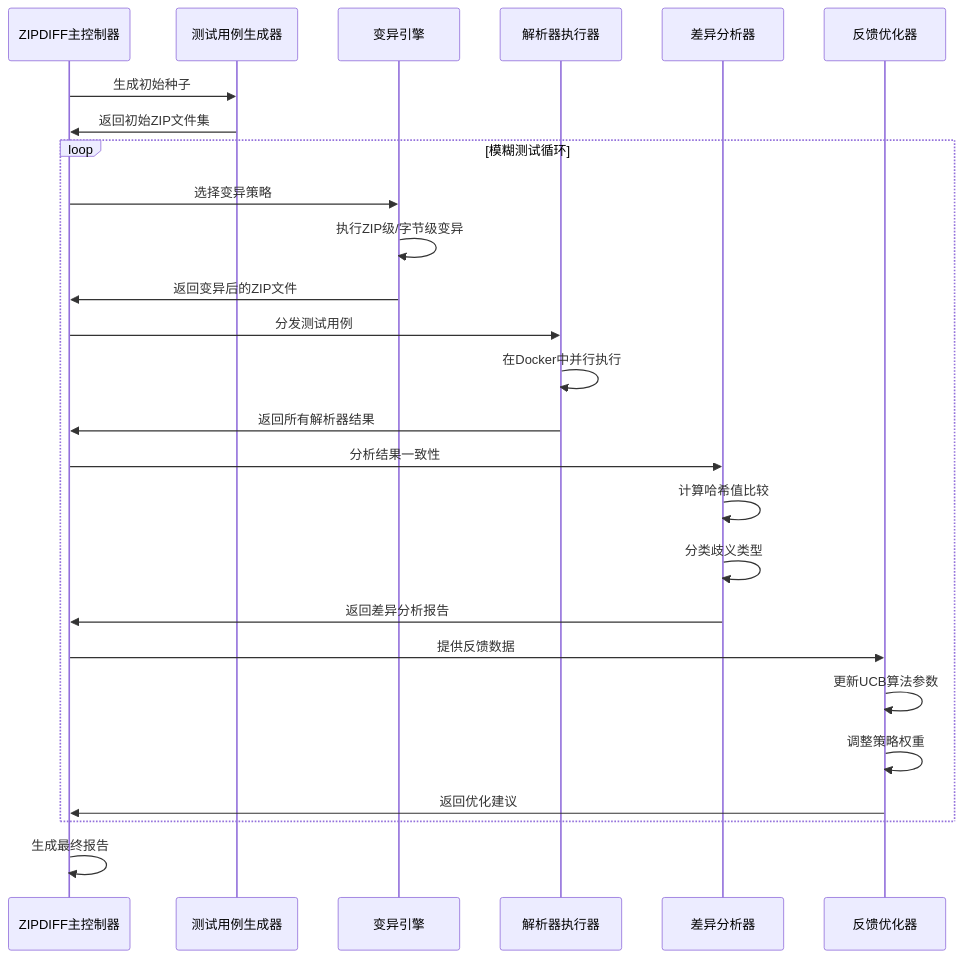
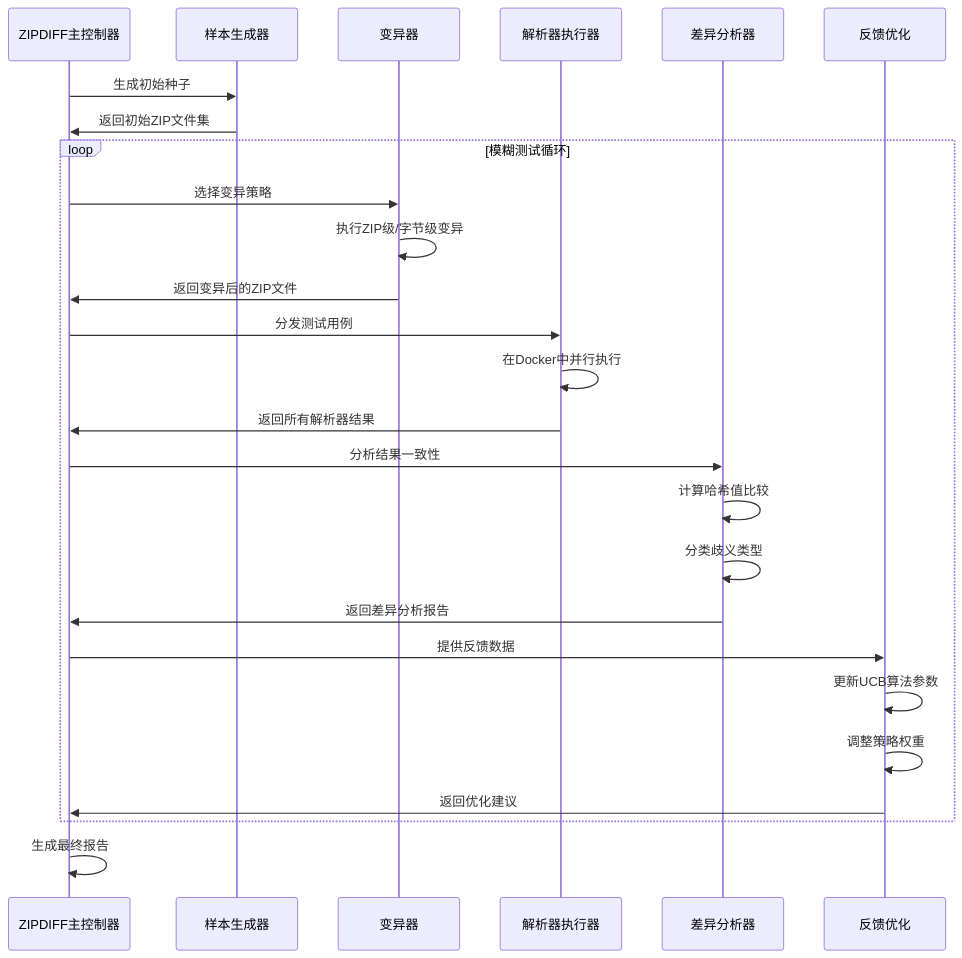
The diagram in notes/stage1/stage1.md (XingfenD/zip-diff-notes), drawn with Mermaid before and after one commit. The commit also changed 1 other file, not shown here.

Commit message:
stage1: update timeline figure
chore: rename some components in timeline figure

````diff
--- a/notes/stage1/stage1.md
+++ b/notes/stage1/stage1.md
@@ -36,34 +36,34 @@
 ```mermaid
 sequenceDiagram
     participant Fuzzer as ZIPDIFF主控制器
-    participant Generator as 测试用例生成器
-    participant Mutator as 变异引擎
+    participant Generator as 样本生成器
+    participant Mutator as 变异器
     participant Executor as 解析器执行器
     participant Analyzer as 差异分析器
-    participant Optimizer as 反馈优化器
+    participant Optimizer as 反馈优化
 
     Fuzzer->>Generator: 生成初始种子
     Generator->>Fuzzer: 返回初始ZIP文件集
 
     loop 模糊测试循环
         Fuzzer->>Mutator: 选择变异策略
         Mutator->>Mutator: 执行ZIP级/字节级变异
         Mutator->>Fuzzer: 返回变异后的ZIP文件
 
         Fuzzer->>Executor: 分发测试用例
         Executor->>Executor: 在Docker中并行执行
         Executor->>Fuzzer: 返回所有解析器结果
 
         Fuzzer->>Analyzer: 分析结果一致性
         Analyzer->>Analyzer: 计算哈希值比较
         Analyzer->>Analyzer: 分类歧义类型
         Analyzer->>Fuzzer: 返回差异分析报告
 
         Fuzzer->>Optimizer: 提供反馈数据
         Optimizer->>Optimizer: 更新UCB算法参数
         Optimizer->>Optimizer: 调整策略权重
         Optimizer->>Fuzzer: 返回优化建议
     end
 
     Fuzzer->>Fuzzer: 生成最终报告
 ```
````
